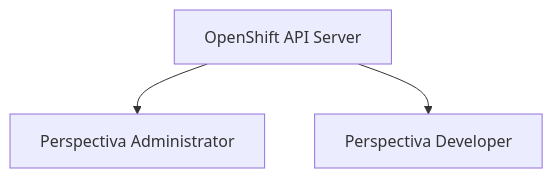
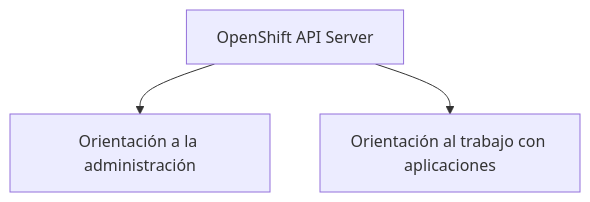
The second of 7 diagrams in docs/sesion1/1.6 Consola web.md (ieftraining/curso-openshift), drawn with Mermaid before and after one commit. The commit also changed other lines of this file, not shown here.

````diff
--- a/docs/sesion1/1.6 Consola web.md
+++ b/docs/sesion1/1.6 Consola web.md
@@ -42,6 +35,6 @@
 ```mermaid
 flowchart TD
     A[OpenShift API Server]
-    A --> B[Perspectiva Administrator]
-    A --> C[Perspectiva Developer]
+    A --> B[Orientación a la administración]
+    A --> C[Orientación al trabajo con aplicaciones]
 ```
````
